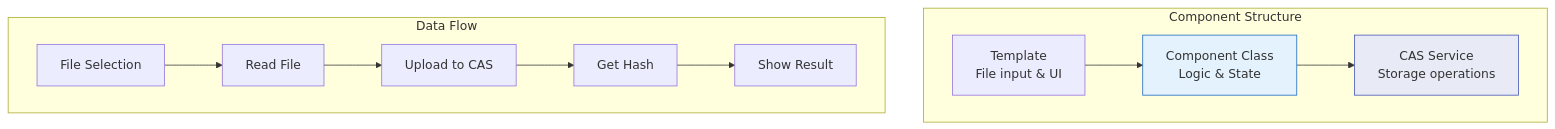
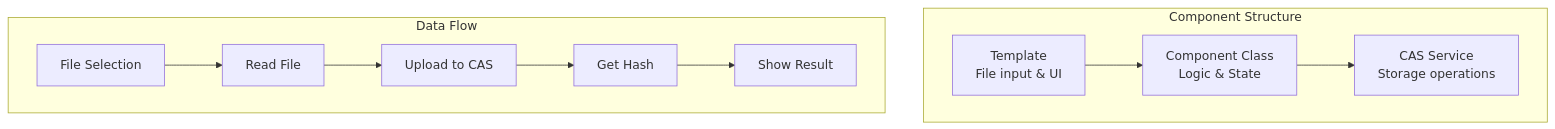
The first of 7 diagrams in docs/components/content-components.md (o2alexanderfedin/angular-cas-disot), drawn with Mermaid before and after one commit. The commit also changed other lines of this file and 18 other files, not shown here.

````diff
--- a/docs/components/content-components.md
+++ b/docs/components/content-components.md
@@ -16,27 +16,27 @@
 ```mermaid
 graph TD
     subgraph "Component Structure"
         TEMPLATE[Template<br/>File input & UI]
         COMPONENT[Component Class<br/>Logic & State]
         SERVICE[CAS Service<br/>Storage operations]
     end
     
     subgraph "Data Flow"
         FILE[File Selection]
         READ[Read File]
         UPLOAD[Upload to CAS]
         HASH[Get Hash]
         DISPLAY[Show Result]
     end
     
     TEMPLATE --> COMPONENT
     COMPONENT --> SERVICE
     
     FILE --> READ
     READ --> UPLOAD
     UPLOAD --> HASH
     HASH --> DISPLAY
     
-    style COMPONENT fill:#e3f2fd,stroke:#1565c0
-    style SERVICE fill:#e8eaf6,stroke:#3f51b5
+    
+    
 ```
````
